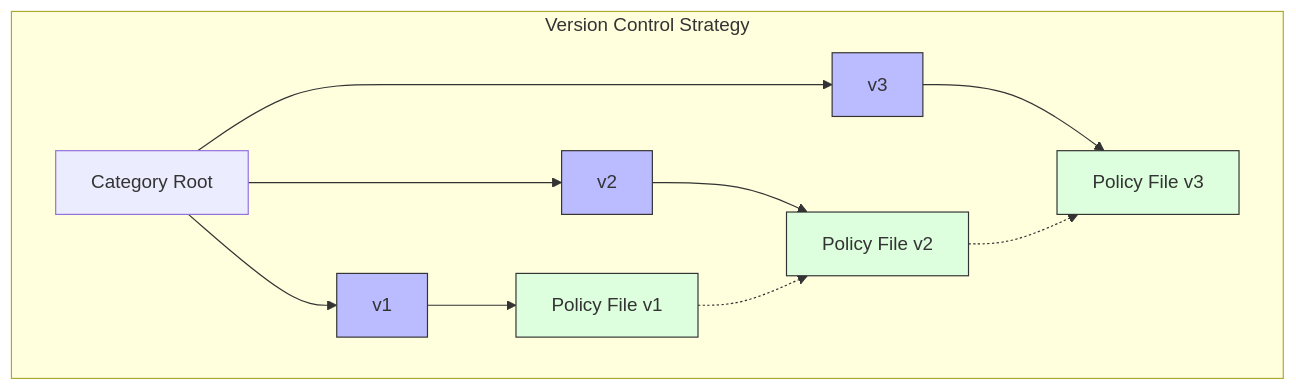
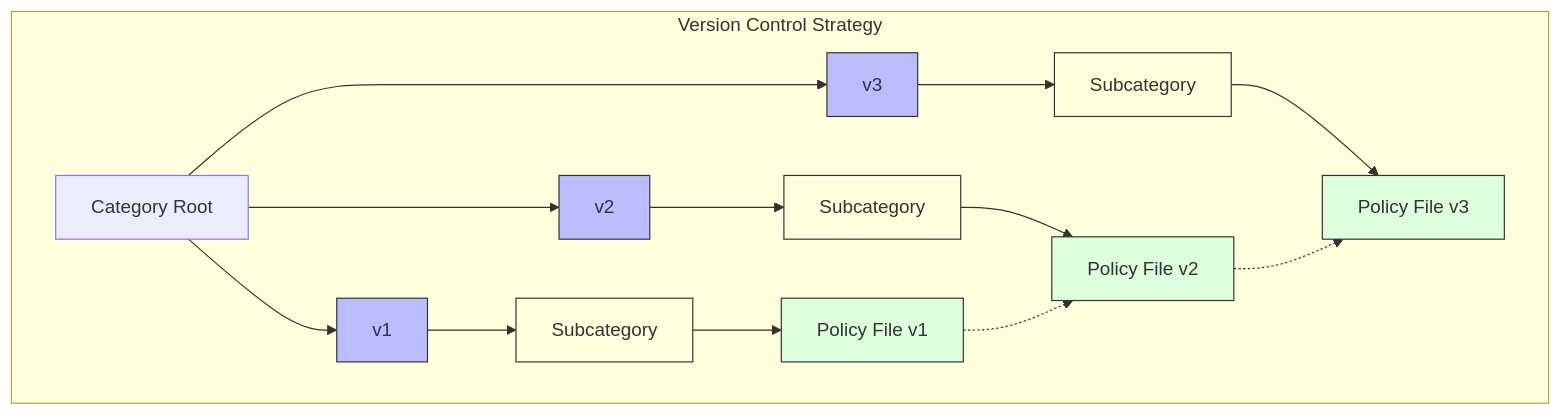
One commit to Principled-Evolution/aicertify changed the second of 5 diagrams in docs/opa_policy_structure.md. Above: the diagram before and after it, drawn with Mermaid. The commit also changed other lines of this file, not shown here.

````diff
--- a/docs/opa_policy_structure.md
+++ b/docs/opa_policy_structure.md
@@ -82,21 +100,27 @@
 ```mermaid
 graph TD
     subgraph "Version Control Strategy"
     A[Category Root] --> B[v1]
     A --> C[v2]
     A --> D[v3]
     
-    B --> B1[Policy File v1]
-    C --> C1[Policy File v2]
-    D --> D1[Policy File v3]
+    B --> E[Subcategory]
+    C --> F[Subcategory]
+    D --> G[Subcategory]
+    
+    E --> B1[Policy File v1]
+    F --> C1[Policy File v2]
+    G --> D1[Policy File v3]
     
     B1 -.-> C1
     C1 -.-> D1
     end
     
     classDef version fill:#bbf,stroke:#333,stroke-width:1px
+    classDef subcategory fill:#ffd,stroke:#333,stroke-width:1px
     classDef policy fill:#dfd,stroke:#333,stroke-width:1px
     
     class B,C,D version
+    class E,F,G subcategory
     class B1,C1,D1 policy
 ```
````
